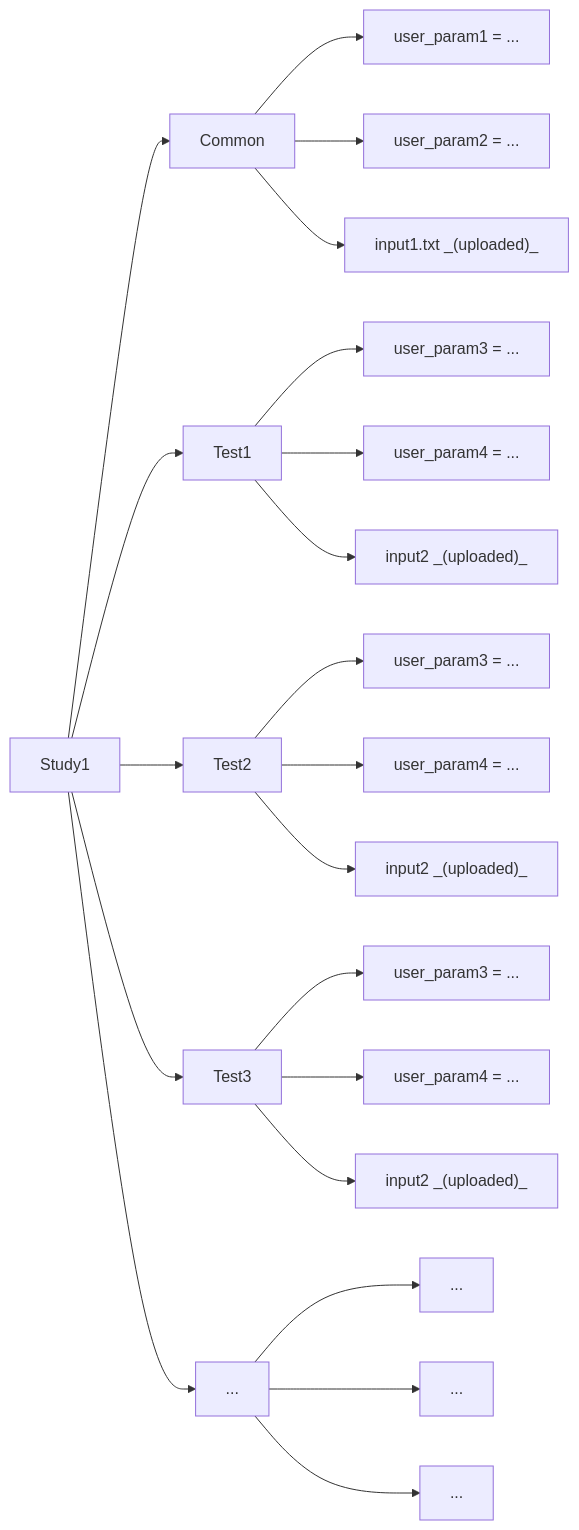
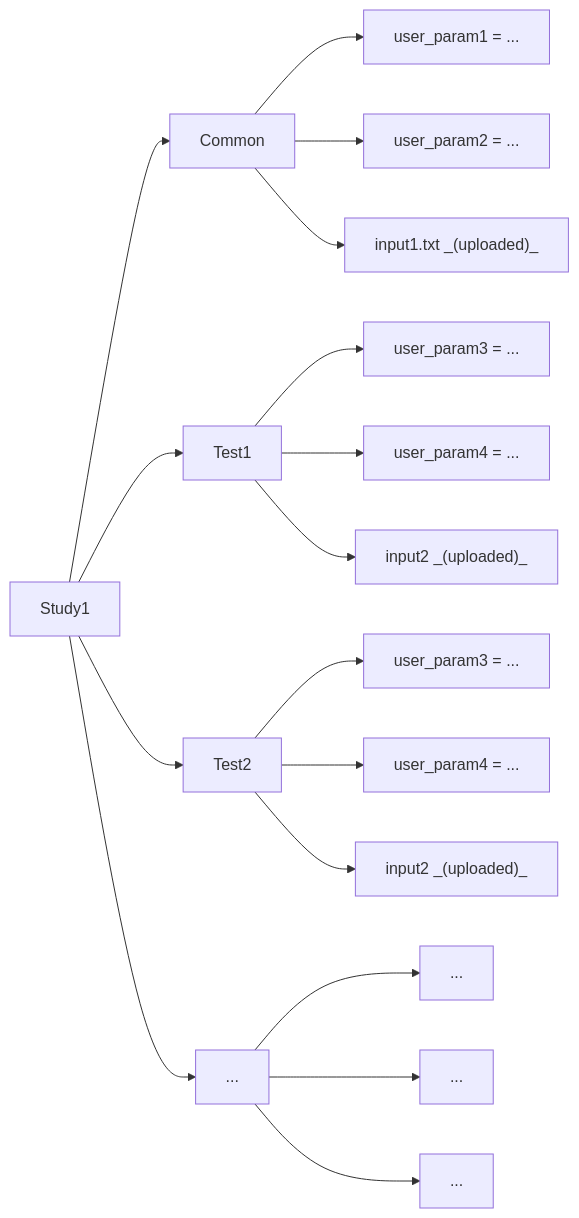
Diagram 16 of 16 in README.md (nuremics/nuremics), drawn with Mermaid before and after one commit.

````diff
--- a/README.md
+++ b/README.md
@@ -492,29 +492,24 @@
 ```mermaid
 flowchart LR
 
     Study1 --> Common
     Study1 --> Test1
     Study1 --> Test2
-    Study1 --> Test3
-    Study1 --> Test4["..."]
+    Study1 --> Test3["..."]
     
     Common --> user_param1["user_param1 = ..."]
     Common --> user_param2["user_param2 = ..."]
     Common --> common_input1["input1.txt _(uploaded)_"]
 
     Test1 --> test1_param3["user_param3 = ..."]
     Test1 --> test1_param4["user_param4 = ..."]
     Test1 --> test1_input2["input2 _(uploaded)_"]
 
     Test2 --> test2_param3["user_param3 = ..."]
     Test2 --> test2_param4["user_param4 = ..."]
     Test2 --> test2_input2["input2 _(uploaded)_"]
 
-    Test3 --> test3_param3["user_param3 = ..."]
-    Test3 --> test3_param4["user_param4 = ..."]
-    Test3 --> test3_input2["input2 _(uploaded)_"]
-
-    Test4 --> test4_param3["..."]
-    Test4 --> test4_param4["..."]
-    Test4 --> test4_input2["..."]
+    Test3 --> test4_param3["..."]
+    Test3 --> test4_param4["..."]
+    Test3 --> test4_input2["..."]
 ```
````
